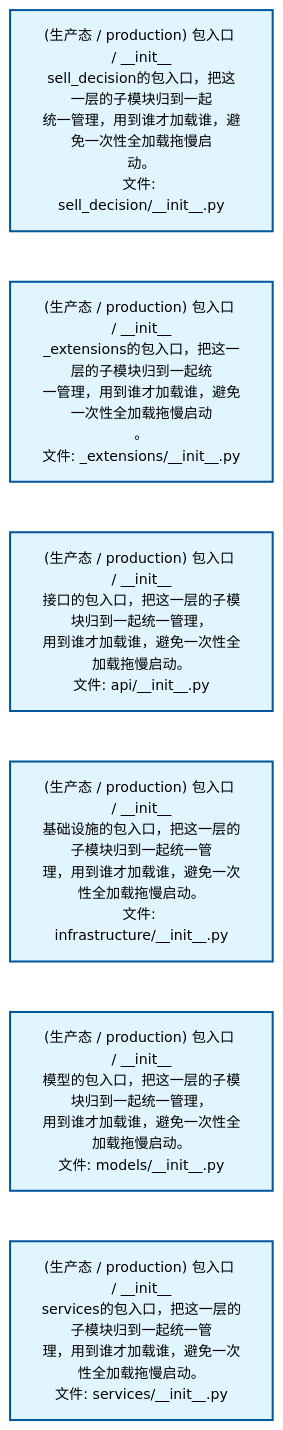
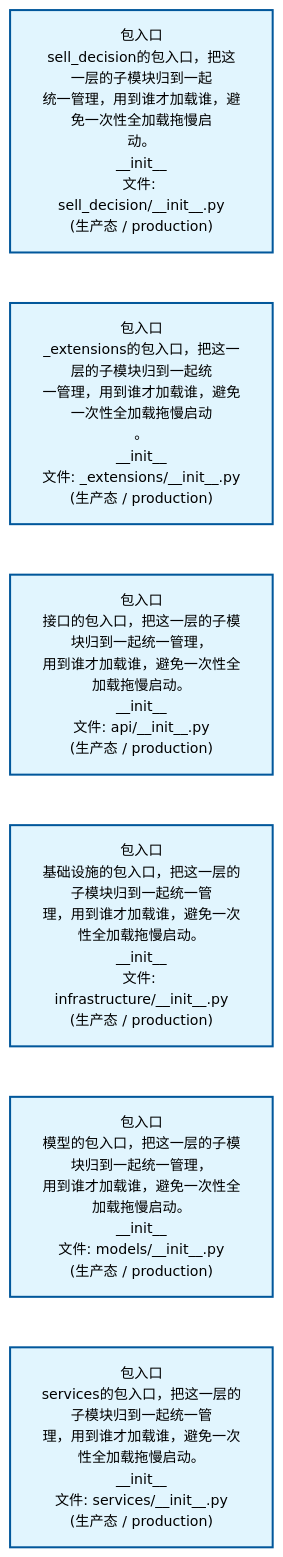
Before and after one commit to xuanFelixVan/ZephyrAlpha: the second of 4 diagrams in docs/02_enterprise_architecture/02_domain_architecture_docs/67_d_sell_decision.md, drawn with Mermaid. The commit also changed other lines of this file and 62 other files, not shown here.

````diff
--- a/docs/02_enterprise_architecture/02_domain_architecture_docs/67_d_sell_decision.md
+++ b/docs/02_enterprise_architecture/02_domain_architecture_docs/67_d_sell_decision.md
@@ -124,20 +124,20 @@
 ```mermaid
 %%{init: {'theme': 'base', 'themeVariables': {'primaryColor': '#eaeaea', 'primaryTextColor': '#333333', 'primaryBorderColor': '#666666', 'lineColor': '#666666', 'secondaryColor': '#eaeaea', 'tertiaryColor': '#eaeaea', 'fontSize': '14px'}}}%%
 flowchart TD
-    src_zephyr_sell_decision_init_py["(生产态 / production) 包入口 / __init__<br/>sell_decision的包入口，把这一层的子模块归到一起<br/>统一管理，用到谁才加载谁，避免一次性全加载拖慢启<br/>动。<br/>文件: sell_decision/__init__.py"]
-    src_zephyr_sell_decision_extensions_init_py["(生产态 / production) 包入口 / __init__<br/>_extensions的包入口，把这一层的子模块归到一起统<br/>一管理，用到谁才加载谁，避免一次性全加载拖慢启动<br/>。<br/>文件: _extensions/__init__.py"]
-    src_zephyr_sell_decision_api_init_py["(生产态 / production) 包入口 / __init__<br/>接口的包入口，把这一层的子模块归到一起统一管理，<br/>用到谁才加载谁，避免一次性全加载拖慢启动。<br/>文件: api/__init__.py"]
-    src_zephyr_sell_decision_infrastructure_init_py["(生产态 / production) 包入口 / __init__<br/>基础设施的包入口，把这一层的子模块归到一起统一管<br/>理，用到谁才加载谁，避免一次性全加载拖慢启动。<br/>文件: infrastructure/__init__.py"]
-    src_zephyr_sell_decision_models_init_py["(生产态 / production) 包入口 / __init__<br/>模型的包入口，把这一层的子模块归到一起统一管理，<br/>用到谁才加载谁，避免一次性全加载拖慢启动。<br/>文件: models/__init__.py"]
-    src_zephyr_sell_decision_services_init_py["(生产态 / production) 包入口 / __init__<br/>services的包入口，把这一层的子模块归到一起统一管<br/>理，用到谁才加载谁，避免一次性全加载拖慢启动。<br/>文件: services/__init__.py"]
+    src_zephyr_sell_decision_init_py["包入口<br/>sell_decision的包入口，把这一层的子模块归到一起<br/>统一管理，用到谁才加载谁，避免一次性全加载拖慢启<br/>动。<br/>__init__<br/>文件: sell_decision/__init__.py<br/>(生产态 / production)"]
+    src_zephyr_sell_decision_extensions_init_py["包入口<br/>_extensions的包入口，把这一层的子模块归到一起统<br/>一管理，用到谁才加载谁，避免一次性全加载拖慢启动<br/>。<br/>__init__<br/>文件: _extensions/__init__.py<br/>(生产态 / production)"]
+    src_zephyr_sell_decision_api_init_py["包入口<br/>接口的包入口，把这一层的子模块归到一起统一管理，<br/>用到谁才加载谁，避免一次性全加载拖慢启动。<br/>__init__<br/>文件: api/__init__.py<br/>(生产态 / production)"]
+    src_zephyr_sell_decision_infrastructure_init_py["包入口<br/>基础设施的包入口，把这一层的子模块归到一起统一管<br/>理，用到谁才加载谁，避免一次性全加载拖慢启动。<br/>__init__<br/>文件: infrastructure/__init__.py<br/>(生产态 / production)"]
+    src_zephyr_sell_decision_models_init_py["包入口<br/>模型的包入口，把这一层的子模块归到一起统一管理，<br/>用到谁才加载谁，避免一次性全加载拖慢启动。<br/>__init__<br/>文件: models/__init__.py<br/>(生产态 / production)"]
+    src_zephyr_sell_decision_services_init_py["包入口<br/>services的包入口，把这一层的子模块归到一起统一管<br/>理，用到谁才加载谁，避免一次性全加载拖慢启动。<br/>__init__<br/>文件: services/__init__.py<br/>(生产态 / production)"]
     src_zephyr_sell_decision_init_py ~~~ src_zephyr_sell_decision_extensions_init_py
     src_zephyr_sell_decision_extensions_init_py ~~~ src_zephyr_sell_decision_api_init_py
     src_zephyr_sell_decision_api_init_py ~~~ src_zephyr_sell_decision_infrastructure_init_py
     src_zephyr_sell_decision_infrastructure_init_py ~~~ src_zephyr_sell_decision_models_init_py
     src_zephyr_sell_decision_models_init_py ~~~ src_zephyr_sell_decision_services_init_py
     classDef production fill:#e1f5fe,stroke:#01579b,stroke-width:2px,color:#000
     classDef design fill:#fff3e0,stroke:#e65100,stroke-width:2px,color:#000,stroke-dasharray: 5 5
     classDef external_prod fill:#e8f4fd,stroke:#0277bd,stroke-width:1px,color:#000
     classDef external_design fill:#fff8e7,stroke:#ef6c00,stroke-width:1px,color:#000,stroke-dasharray: 5 5
     class src_zephyr_sell_decision_init_py,src_zephyr_sell_decision_extensions_init_py,src_zephyr_sell_decision_api_init_py,src_zephyr_sell_decision_infrastructure_init_py,src_zephyr_sell_decision_models_init_py,src_zephyr_sell_decision_services_init_py production
 ```
````
